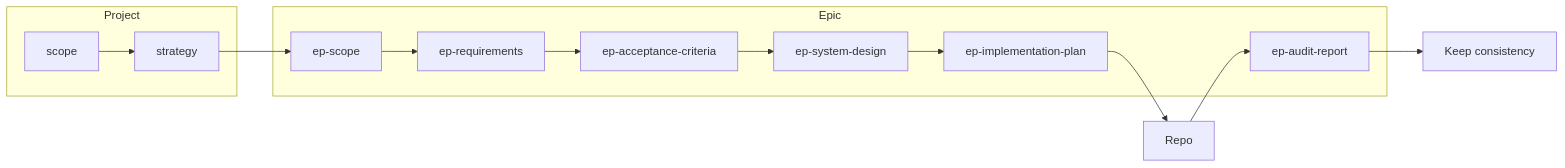
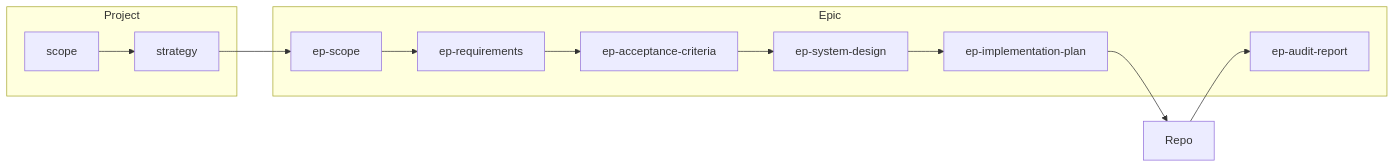
Before and after one commit to asubbot/personal-assistant: the second of 2 diagrams in ai-sdlc/specification/pipeline.spec.md, drawn with Mermaid. The commit also changed other lines of this file and 3 other files, not shown here.

First line of the commit message:
docs: remove pipeline stage 10 (keep consistency)

````diff
--- a/ai-sdlc/specification/pipeline.spec.md
+++ b/ai-sdlc/specification/pipeline.spec.md
@@ -88,17 +86,17 @@
 ```mermaid
 flowchart LR
   subgraph project [Project]
     scope[scope]
     strategy[strategy]
   end
   subgraph epic [Epic]
     ep_scope[ep-scope]
     ep_req[ep-requirements]
     ep_ac[ep-acceptance-criteria]
     ep_design[ep-system-design]
     ep_impl[ep-implementation-plan]
     ep_audit[ep-audit-report]
   end
   scope --> strategy --> ep_scope --> ep_req --> ep_ac --> ep_design --> ep_impl --> repo[Repo]
-  repo --> ep_audit --> consistency[Keep consistency]
+  repo --> ep_audit
 ```
````
